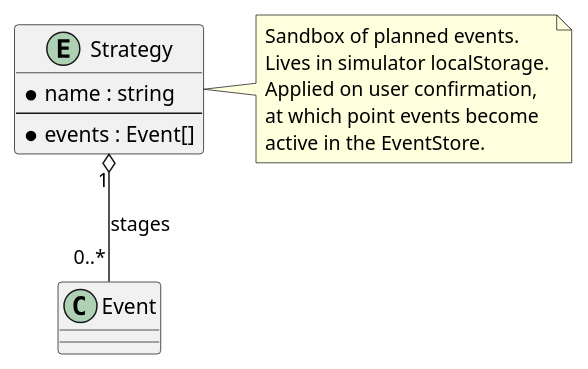
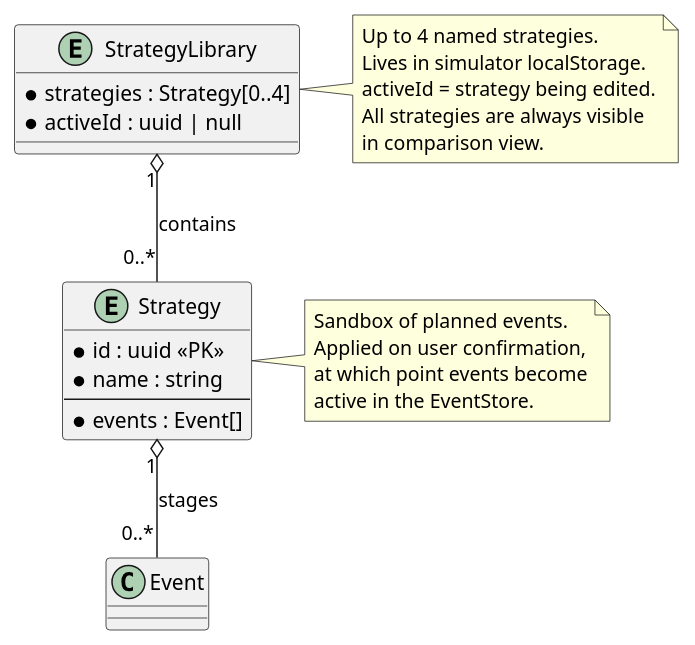
Before and after one commit to littlewhywhat/loan-advisor: the diagram in spec/diagram/strategy.puml, drawn with PlantUML. The commit also changed 6 other files, not shown here.

```diff
--- a/spec/diagram/strategy.puml
+++ b/spec/diagram/strategy.puml
@@ -1,19 +1,33 @@
 @startuml simulator-strategy
 
+entity StrategyLibrary {
+  * strategies : Strategy[0..4]
+  * activeId : uuid | null
+}
+
 entity Strategy {
+  * id : uuid <<PK>>
   * name : string
   --
   * events : Event[]
 }
 
+note right of StrategyLibrary
+  Up to 4 named strategies.
+  Lives in simulator localStorage.
+  activeId = strategy being edited.
+  All strategies are always visible
+  in comparison view.
+end note
+
 note right of Strategy
   Sandbox of planned events.
-  Lives in simulator localStorage.
   Applied on user confirmation,
   at which point events become
   active in the EventStore.
 end note
 
+StrategyLibrary "1" o-- "0..*" Strategy : contains
 Strategy "1" o-- "0..*" Event : stages
 
 @enduml
```
